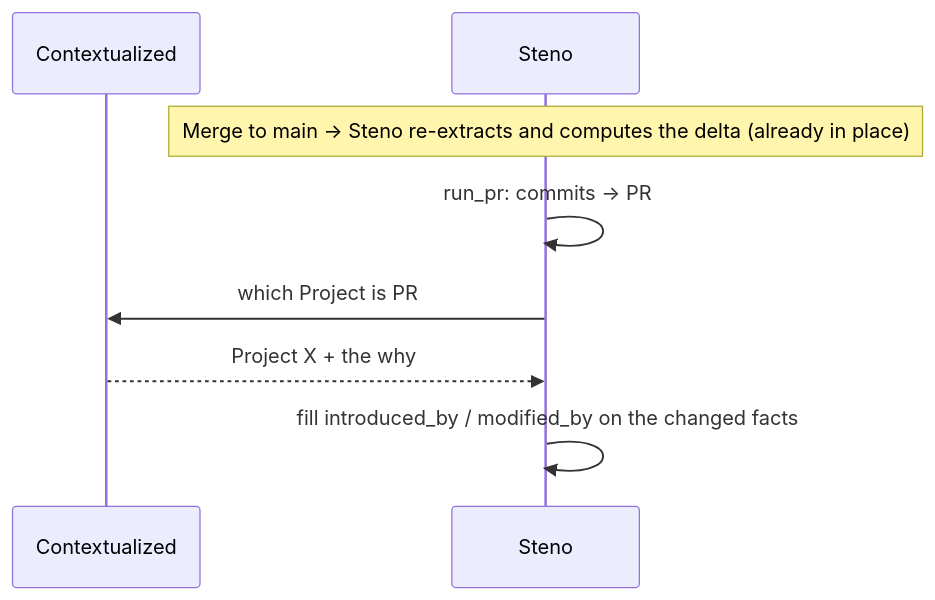
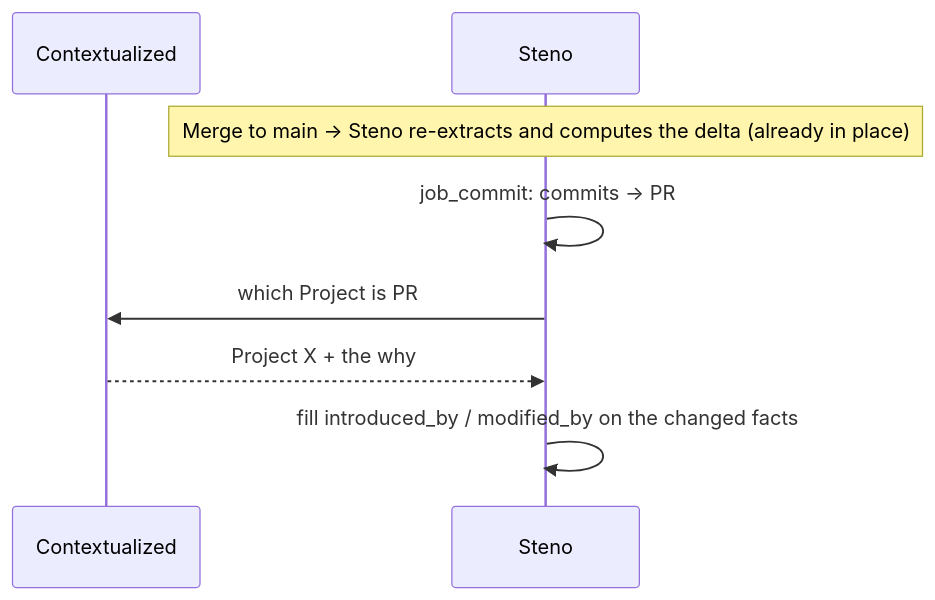
One commit to KBavis/steno changed the eighth of 8 diagrams in docs/DESIGN_DOC.md. Above: the diagram before and after it, drawn with Mermaid. The commit also changed other lines of this file and 5 other files, not shown here.

````diff
--- a/docs/DESIGN_DOC.md
+++ b/docs/DESIGN_DOC.md
@@ -380,10 +386,10 @@
 ```mermaid
 sequenceDiagram
     participant Ctx as Contextualized
     participant St as Steno
     Note over St: Merge to main → Steno re-extracts and computes the delta (already in place)
-    St->>St: run_pr: commits → PR #123
+    St->>St: job_commit: commits → PR #123
     St->>Ctx: which Project is PR #123 part of? what's its summary?
     Ctx-->>St: Project X + the why
     St->>St: fill introduced_by / modified_by on the changed facts
 ```
````
